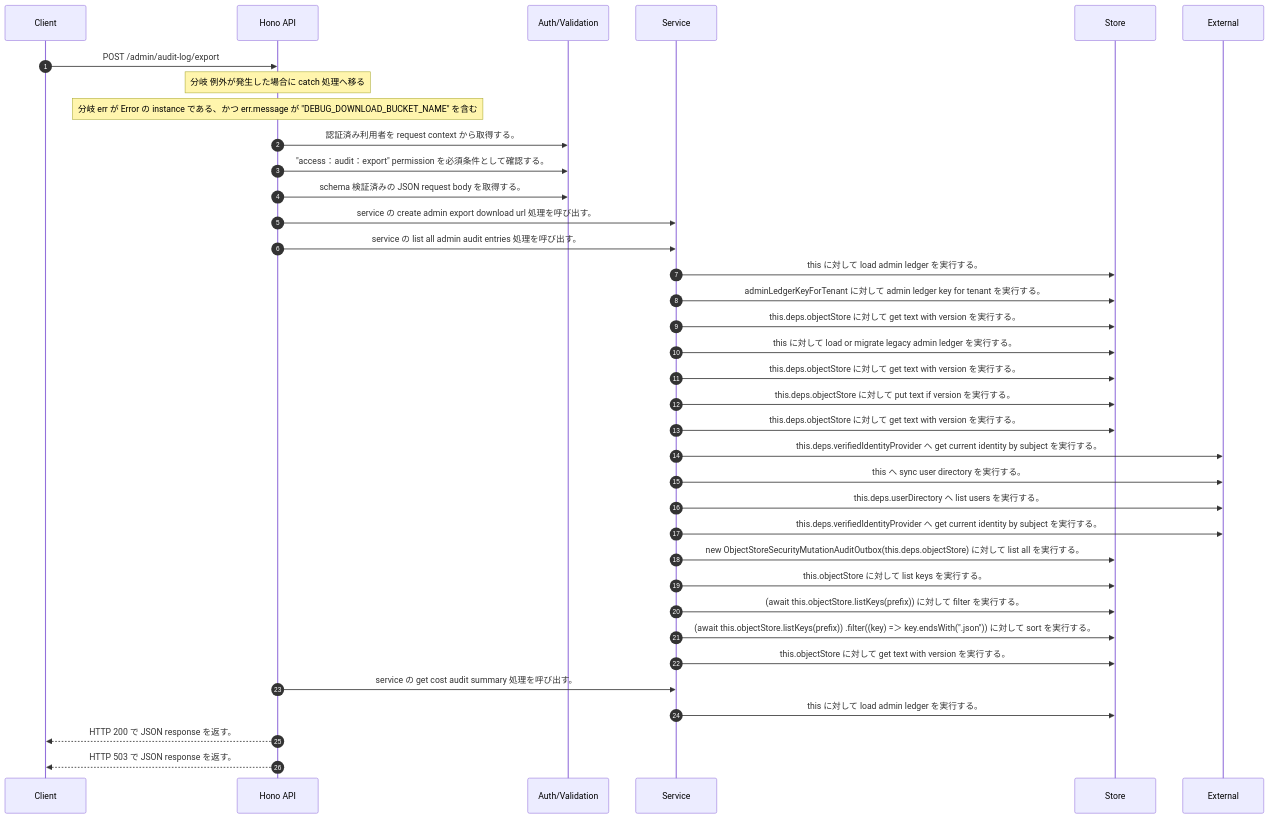
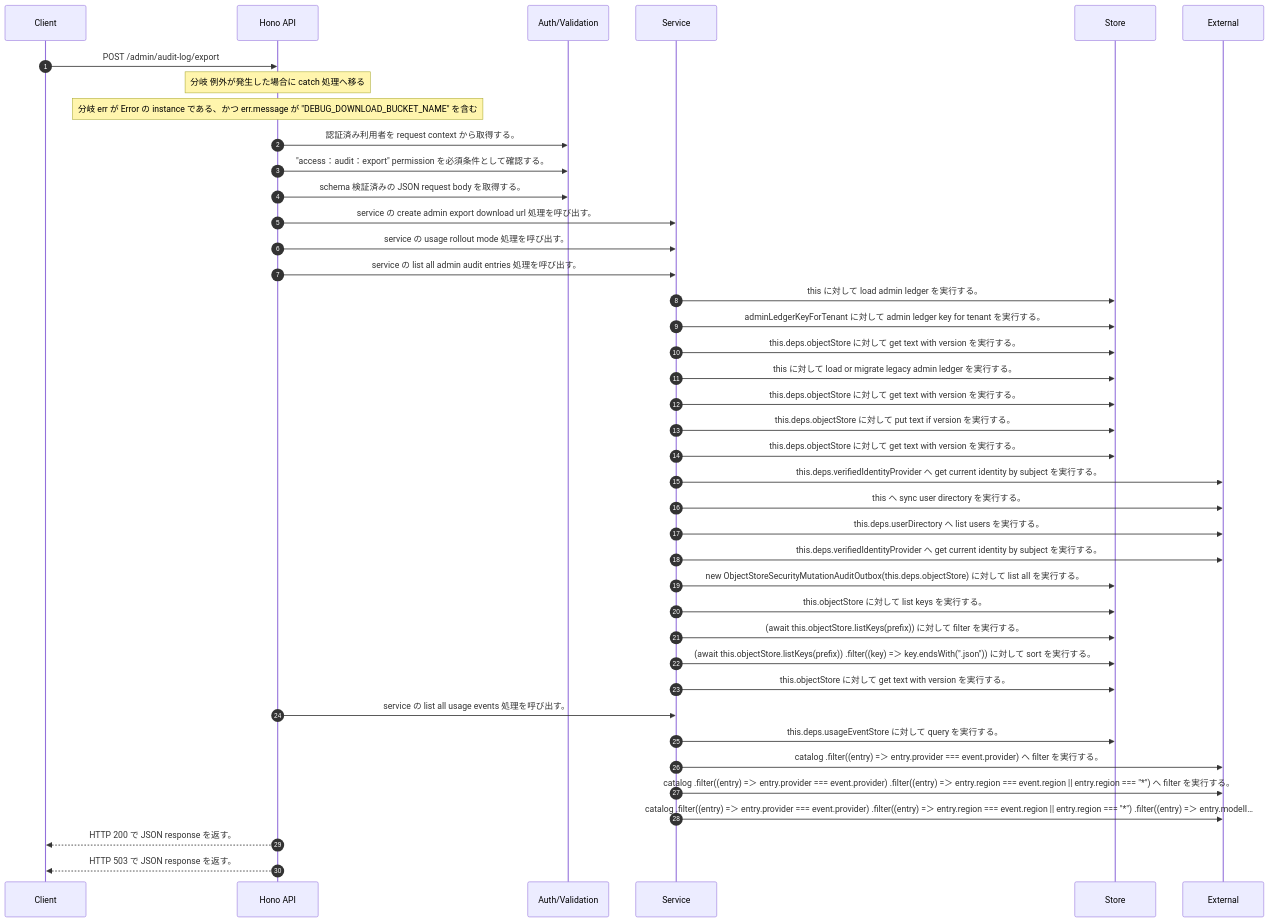
One commit to tsuji-tomonori/rag-assist changed the diagram in docs/generated/api-code/post-admin-audit-log-export/sequence_gen.md. Above: the diagram before and after it, drawn with Mermaid. The commit also changed other lines of this file and 398 other files, not shown here.

````diff
--- a/docs/generated/api-code/post-admin-audit-log-export/sequence_gen.md
+++ b/docs/generated/api-code/post-admin-audit-log-export/sequence_gen.md
@@ -7,38 +7,42 @@
 ```mermaid
 sequenceDiagram
   autonumber
   participant Client as Client
   participant API as Hono API
   participant Auth as Auth/Validation
   participant Service as Service
   participant Store as Store
   participant External as External
   Client->>API: POST /admin/audit-log/export
   Note over API: 分岐 例外が発生した場合に catch 処理へ移る
   Note over API: 分岐 err が Error の instance である、かつ err.message が "DEBUG_DOWNLOAD_BUCKET_NAME" を含む
   API->>Auth: 認証済み利用者を request context から取得する。
   API->>Auth: "access：audit：export" permission を必須条件として確認する。
   API->>Auth: schema 検証済みの JSON request body を取得する。
   API->>Service: service の create admin export download url 処理を呼び出す。
+  API->>Service: service の usage rollout mode 処理を呼び出す。
   API->>Service: service の list all admin audit entries 処理を呼び出す。
   Service->>Store: this に対して load admin ledger を実行する。
   Service->>Store: adminLedgerKeyForTenant に対して admin ledger key for tenant を実行する。
   Service->>Store: this.deps.objectStore に対して get text with version を実行する。
   Service->>Store: this に対して load or migrate legacy admin ledger を実行する。
   Service->>Store: this.deps.objectStore に対して get text with version を実行する。
   Service->>Store: this.deps.objectStore に対して put text if version を実行する。
   Service->>Store: this.deps.objectStore に対して get text with version を実行する。
   Service->>External: this.deps.verifiedIdentityProvider へ get current identity by subject を実行する。
   Service->>External: this へ sync user directory を実行する。
   Service->>External: this.deps.userDirectory へ list users を実行する。
   Service->>External: this.deps.verifiedIdentityProvider へ get current identity by subject を実行する。
   Service->>Store: new ObjectStoreSecurityMutationAuditOutbox(this.deps.objectStore) に対して list all を実行する。
   Service->>Store: this.objectStore に対して list keys を実行する。
   Service->>Store: (await this.objectStore.listKeys(prefix))        に対して filter を実行する。
   Service->>Store: (await this.objectStore.listKeys(prefix))       .filter((key) =＞ key.endsWith(".json"))        に対して sort を実行する。
   Service->>Store: this.objectStore に対して get text with version を実行する。
-  API->>Service: service の get cost audit summary 処理を呼び出す。
-  Service->>Store: this に対して load admin ledger を実行する。
+  API->>Service: service の list all usage events 処理を呼び出す。
+  Service->>Store: this.deps.usageEventStore に対して query を実行する。
+  Service->>External: catalog     .filter((entry) =＞ entry.provider === event.provider)      へ filter を実行する。
+  Service->>External: catalog     .filter((entry) =＞ entry.provider === event.provider)     .filter((entry) =＞ entry.region === event.region || entry.region === "*")      へ filter を実行する。
+  Service->>External: catalog     .filter((entry) =＞ entry.provider === event.provider)     .filter((entry) =＞ entry.region === event.region || entry.region === "*")     .filter((entry) =＞ entry.modelI…
   API-->>Client: HTTP 200 で JSON response を返す。
   API-->>Client: HTTP 503 で JSON response を返す。
 ```
````
